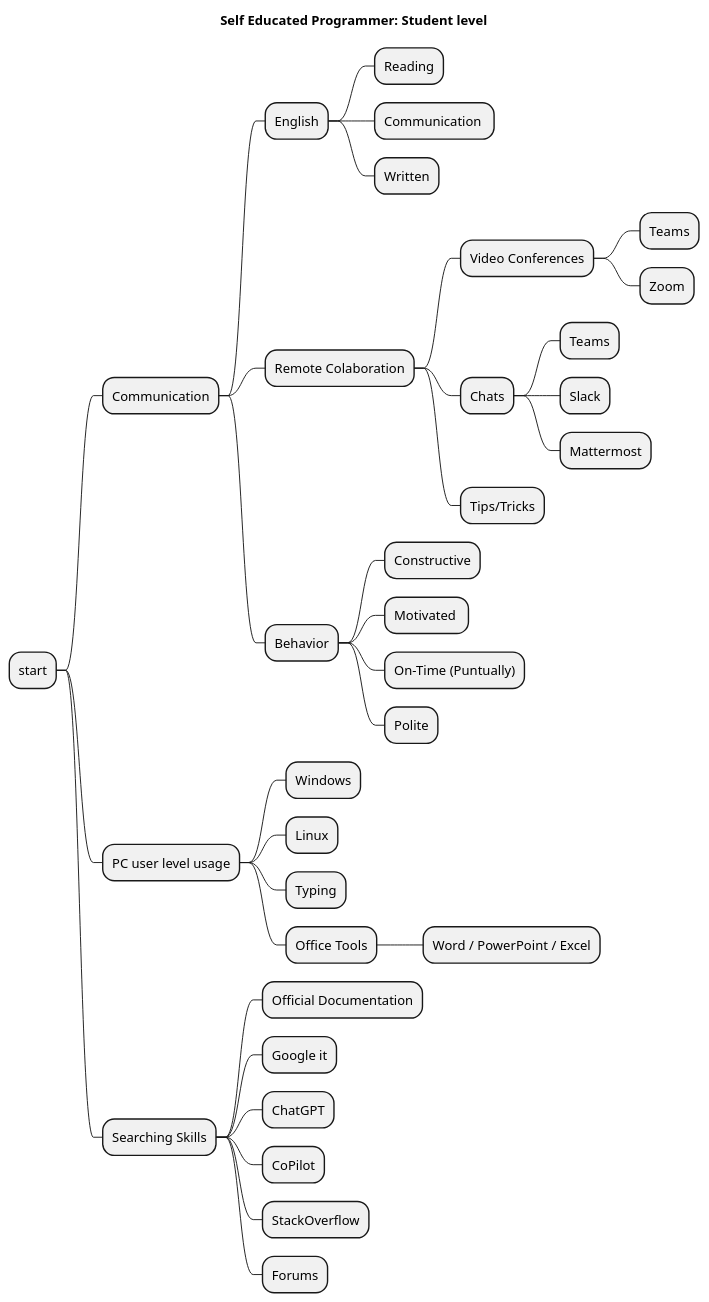
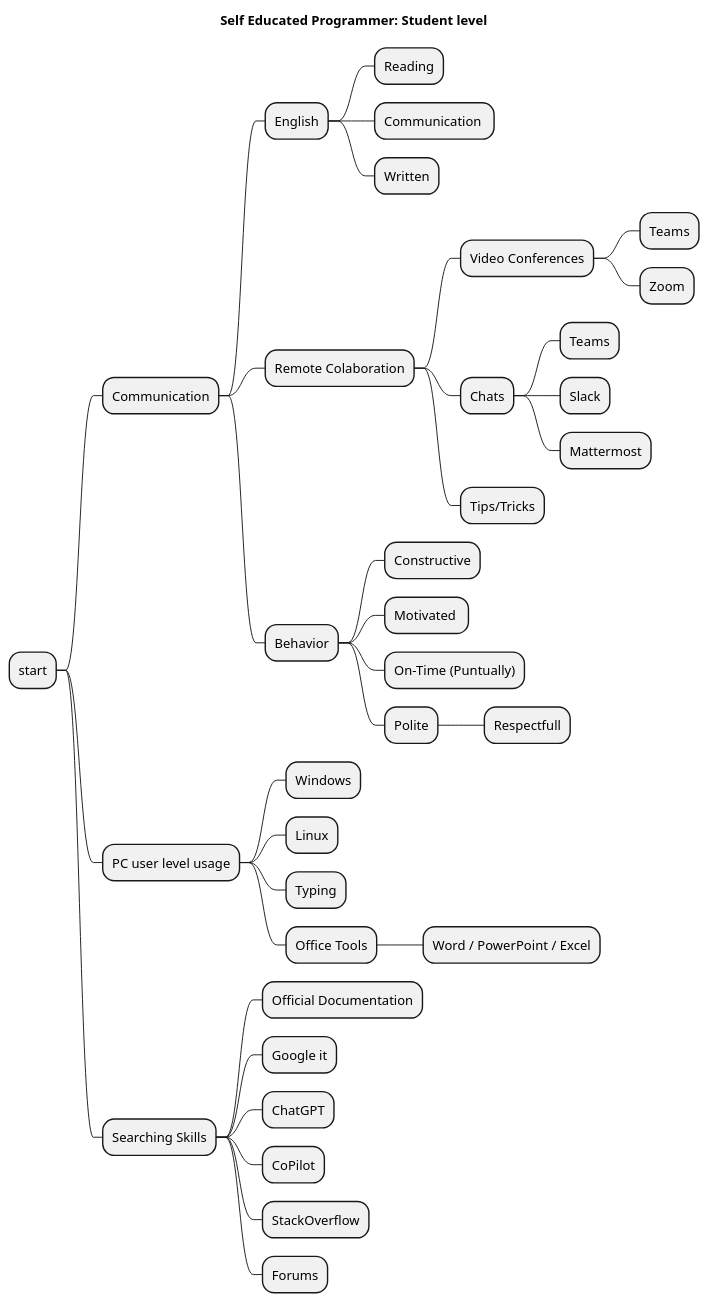
One commit to SmartSoftDev/self_educated_software_programmer_path changed the diagram in student_level.puml. Above: the diagram before and after it, drawn with PlantUML. The commit also changed 1 other file, not shown here.

```diff
--- a/student_level.puml
+++ b/student_level.puml
@@ -1,38 +1,39 @@
 @startmindmap
 title Self Educated Programmer: Student level
 
 * start
 ** Communication
 *** English
 **** Reading
 **** Communication 
 **** Written
 *** Remote Colaboration
 **** Video Conferences
 ***** Teams
 ***** Zoom
 **** Chats
 ***** Teams
 ***** Slack
 ***** Mattermost
 **** Tips/Tricks
 *** Behavior
 **** Constructive
 **** Motivated 
 **** On-Time (Puntually)
 **** Polite
+***** Respectfull
 ** PC user level usage
 *** Windows
 *** Linux
 *** Typing
 *** Office Tools
 **** Word / PowerPoint / Excel
 ** Searching Skills
 *** Official Documentation
 *** Google it
 *** ChatGPT
 *** CoPilot
 *** StackOverflow
 *** Forums
 
 @endmindmap
```
